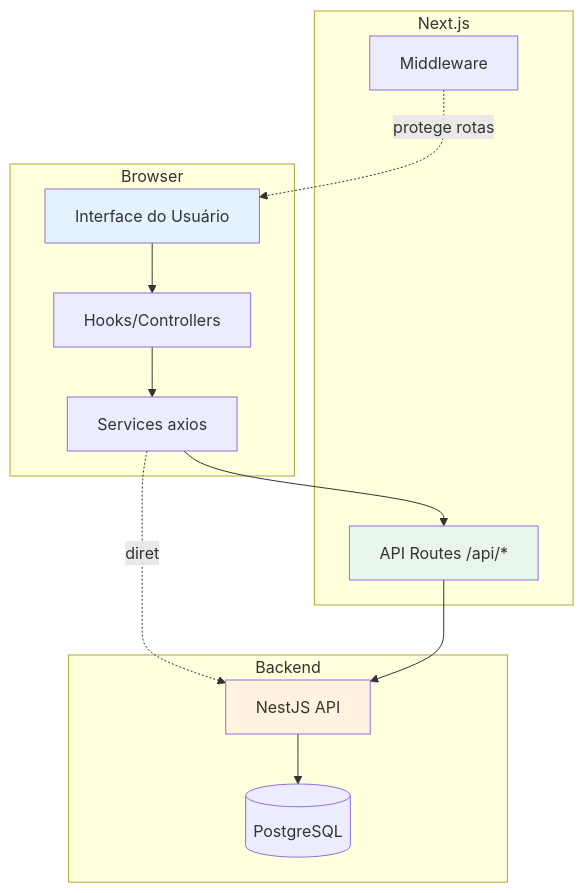
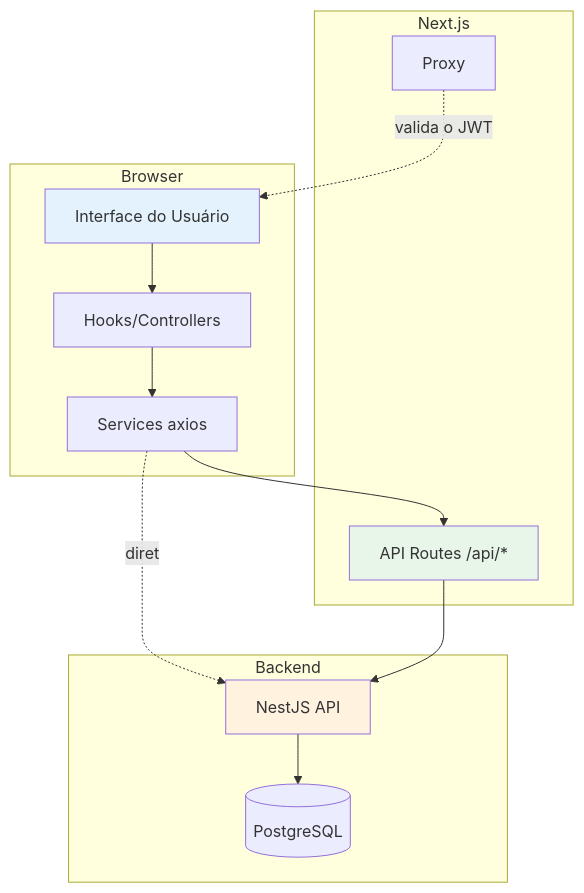
One commit to TROCA-AULA/troca-aula-front changed the first of 4 diagrams in docs/03-arquitetura/arquitetura.md. Above: the diagram before and after it, drawn with Mermaid. The commit also changed other lines of this file and 16 other files, not shown here.

````diff
--- a/docs/03-arquitetura/arquitetura.md
+++ b/docs/03-arquitetura/arquitetura.md
@@ -7,30 +7,30 @@
 ```mermaid
 flowchart TB
     subgraph Browser
         UI[Interface do Usuário]
         Hooks[Hooks/Controllers]
         Services[Services axios]
     end
 
     subgraph Next.js
         NextAPI[API Routes /api/*]
-        MW[Middleware]
+        Proxy[Proxy]
     end
 
     subgraph Backend
         Nest[NestJS API]
         DB[(PostgreSQL)]
     end
 
     UI --> Hooks
     Hooks --> Services
     Services --> NextAPI
     Services -.direto.-> Nest
     NextAPI --> Nest
     Nest --> DB
-    MW -.protege rotas.-> UI
+    Proxy -.valida o JWT.-> UI
 
     style UI fill:#e3f2fd
     style NextAPI fill:#e8f5e9
     style Nest fill:#fff3e0
 ```
````
